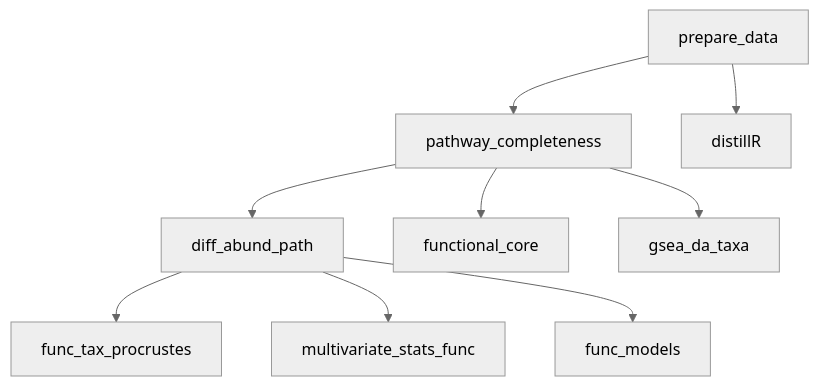
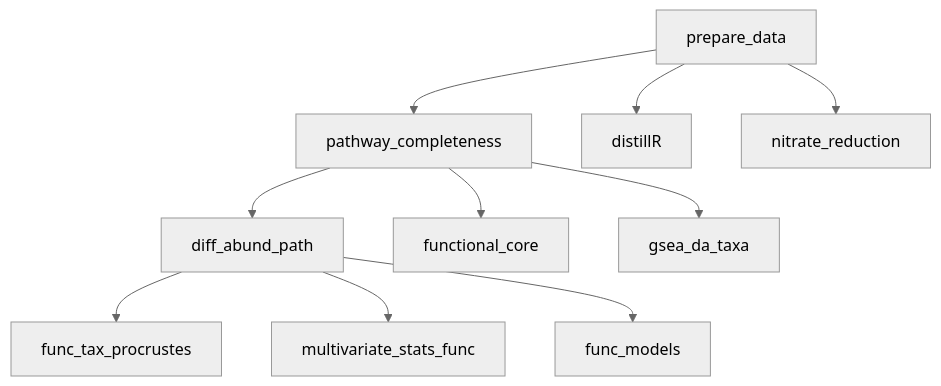
One commit to markella-moraitou/mammal_oral_microbiome_stats changed the second of 3 diagrams in README.md. Above: the diagram before and after it, drawn with Mermaid (neutral theme). The commit also changed other lines of this file and 1 other file, not shown here.

Commit message:
Generate tables of MAG clades on which to run pop gen analysis

````diff
--- a/README.md
+++ b/README.md
@@ -19,11 +19,12 @@
 ```mermaid
 flowchart TD;
     A[prepare_data]-->B[pathway_completeness];
     B-->C[diff_abund_path];
     B-->D[functional_core];
     B-->E[gsea_da_taxa];
     A-->F[distillR];
     C-->G[func_tax_procrustes];
     C-->H[multivariate_stats_func];
     C-->I[func_models];
+    A-->J[nitrate_reduction];
 ```
````
